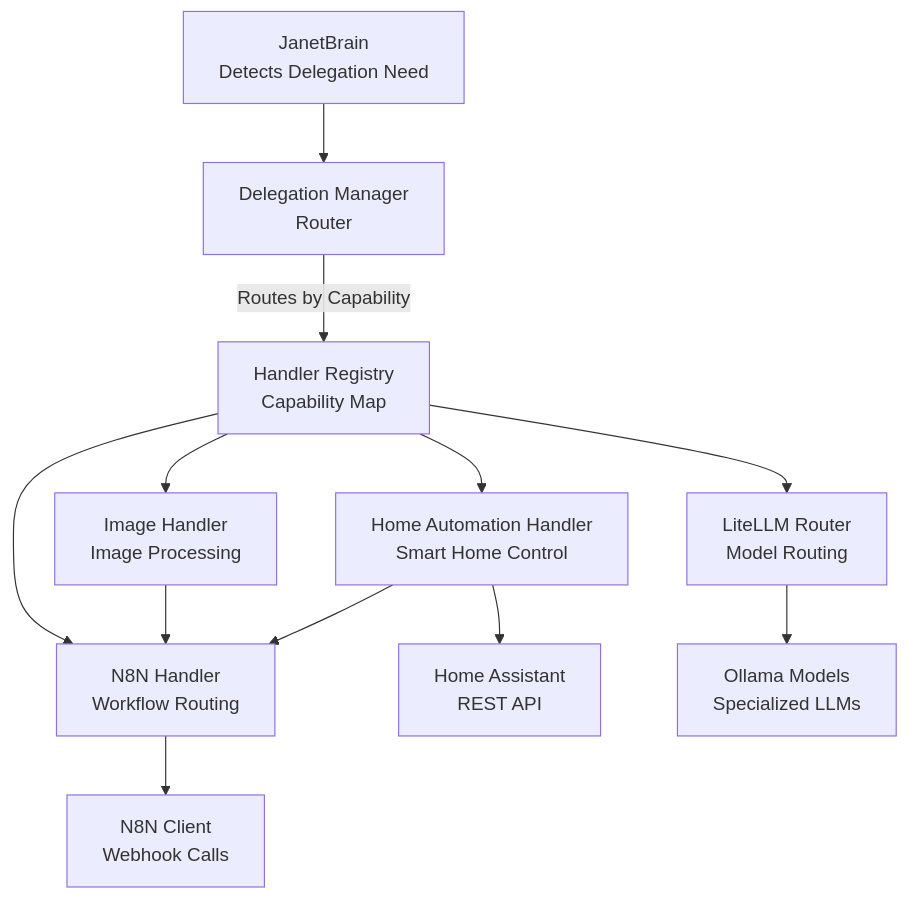
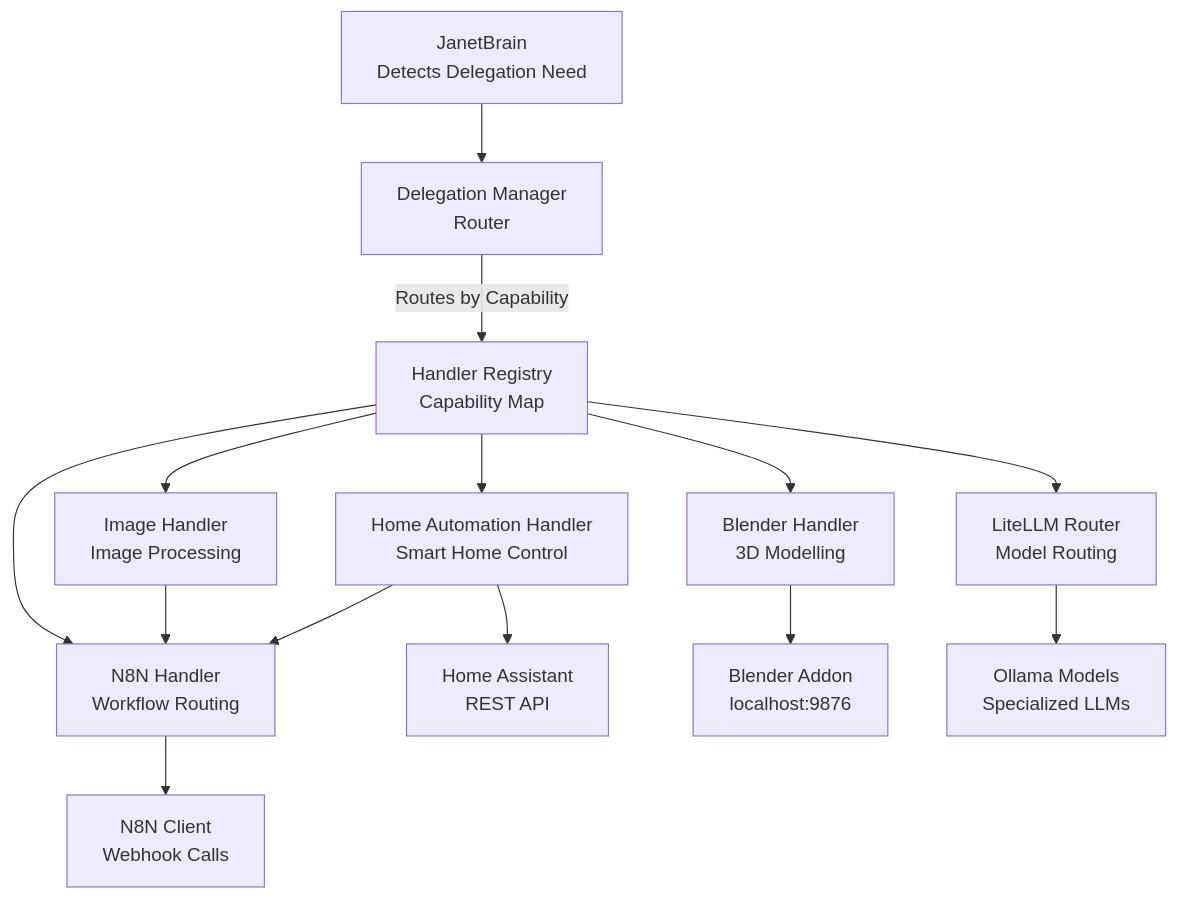
The first of 10 diagrams in src/delegation/README.md (MzxzD/Janet-seed), drawn with Mermaid before and after one commit. The commit also changed other lines of this file and 63 other files, not shown here.

First line of the commit message:
Sync from JanetOS/janet-seed: API server, menubar, Blender handler, HA dashboard, MCP servers, health

````diff
--- a/src/delegation/README.md
+++ b/src/delegation/README.md
@@ -16,17 +17,19 @@
 ```mermaid
 flowchart TB
     JanetBrain[JanetBrain<br/>Detects Delegation Need] --> DelegationManager[Delegation Manager<br/>Router]
     
     DelegationManager -->|Routes by Capability| HandlerRegistry[Handler Registry<br/>Capability Map]
     
     HandlerRegistry --> ImageHandler[Image Handler<br/>Image Processing]
     HandlerRegistry --> HomeHandler[Home Automation Handler<br/>Smart Home Control]
+    HandlerRegistry --> BlenderHandler[Blender Handler<br/>3D Modelling]
     HandlerRegistry --> N8NHandler[N8N Handler<br/>Workflow Routing]
     HandlerRegistry --> ModelRouter[LiteLLM Router<br/>Model Routing]
     
     ImageHandler --> N8NHandler
     HomeHandler --> N8NHandler
     HomeHandler --> HomeAssistant[Home Assistant<br/>REST API]
+    BlenderHandler --> BlenderClient[Blender Addon<br/>localhost:9876]
     N8NHandler --> N8NClient[N8N Client<br/>Webhook Calls]
     ModelRouter --> Ollama[Ollama Models<br/>Specialized LLMs]
 ```
````
